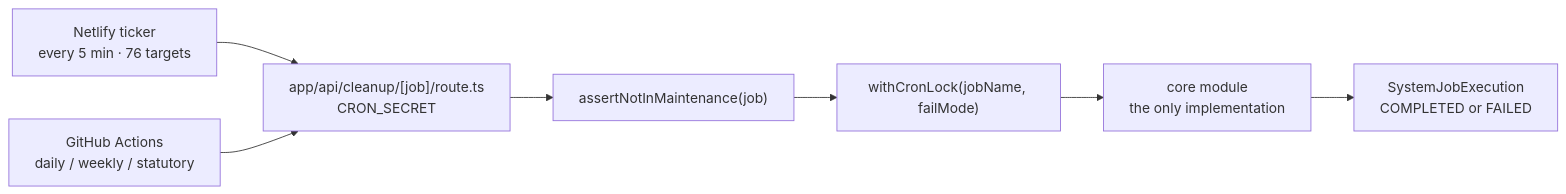
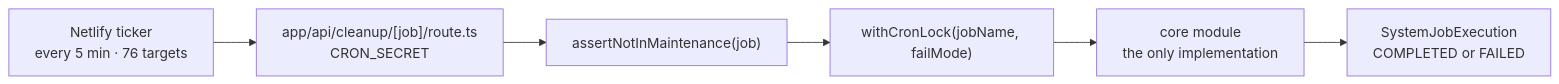
One commit to Practitionist/familiarise_web changed the second of 2 diagrams in docs/start-here/04-platform-architecture.md. Above: the diagram before and after it, drawn with Mermaid. The commit also changed other lines of this file and 9 other files, not shown here.

````diff
--- a/docs/start-here/04-platform-architecture.md
+++ b/docs/start-here/04-platform-architecture.md
@@ -133,9 +133,8 @@
 ```mermaid
 flowchart LR
     S1["Netlify ticker<br/>every 5 min · 76 targets"] --> R
-    S2["GitHub Actions<br/>daily / weekly / statutory"] --> R
     R["app/api/cleanup/[job]/route.ts<br/>CRON_SECRET"] --> G["assertNotInMaintenance(job)"]
     G --> L["withCronLock(jobName, failMode)"]
     L --> C["core module<br/>the only implementation"]
     C --> S["SystemJobExecution<br/>COMPLETED or FAILED"]
 ```
````
